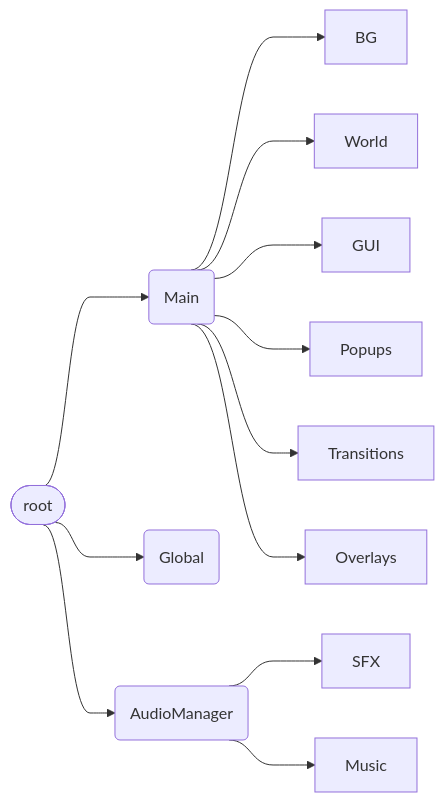
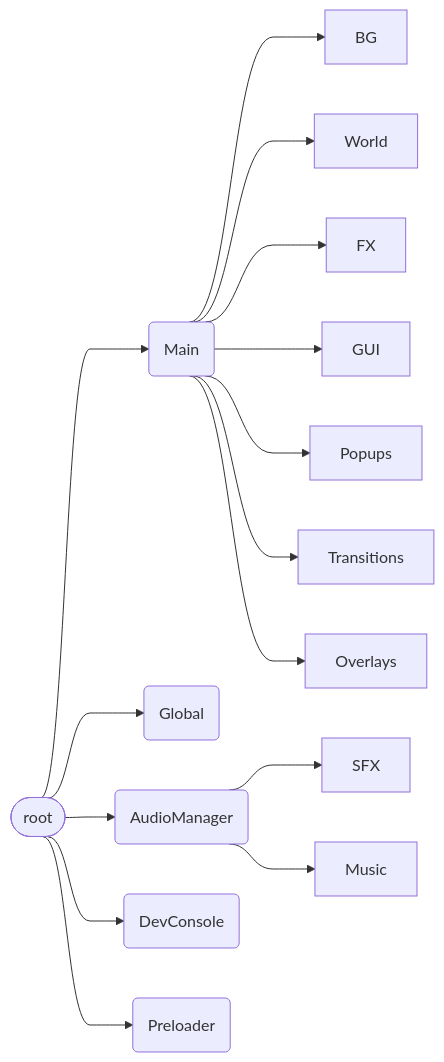
The second of 2 diagrams in docs/structures.md (safwan-ds/AstroDodge), drawn with Mermaid before and after one commit. The commit also changed other lines of this file and 10 other files, not shown here.

````diff
--- a/docs/structures.md
+++ b/docs/structures.md
@@ -44,9 +47,11 @@
 ```mermaid
 %%{ init: { 'flowchart': { 'curve': 'bumpX' } } }%%
 flowchart LR
     r([root]) --> M(Main)
-    M --> BG & World & GUI & Popups & Transitions & Overlays
+    M --> BG & World & FX & GUI & Popups & Transitions & Overlays
     r --> G(Global)
     r --> A(AudioManager) --> SFX
     A --> Music
+    r --> D(DevConsole)
+    r --> P(Preloader)
 ```
````
